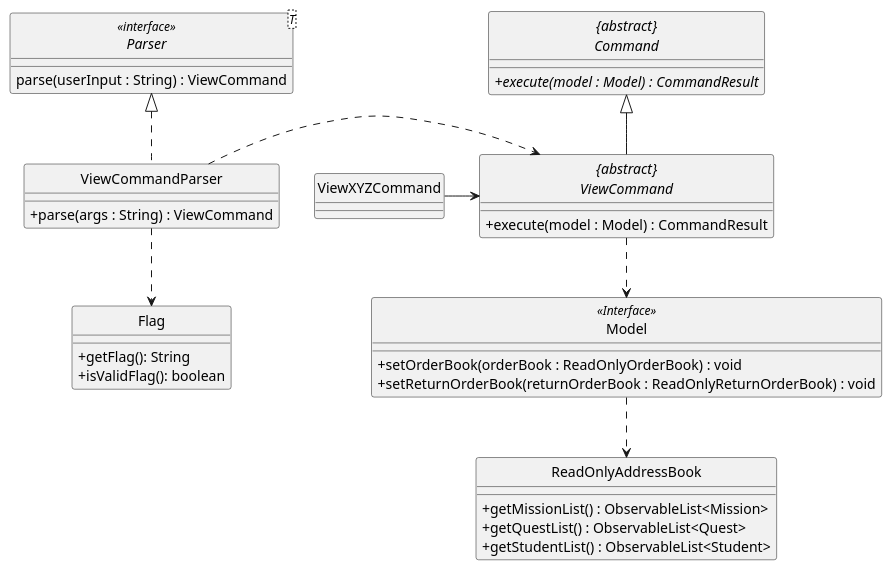
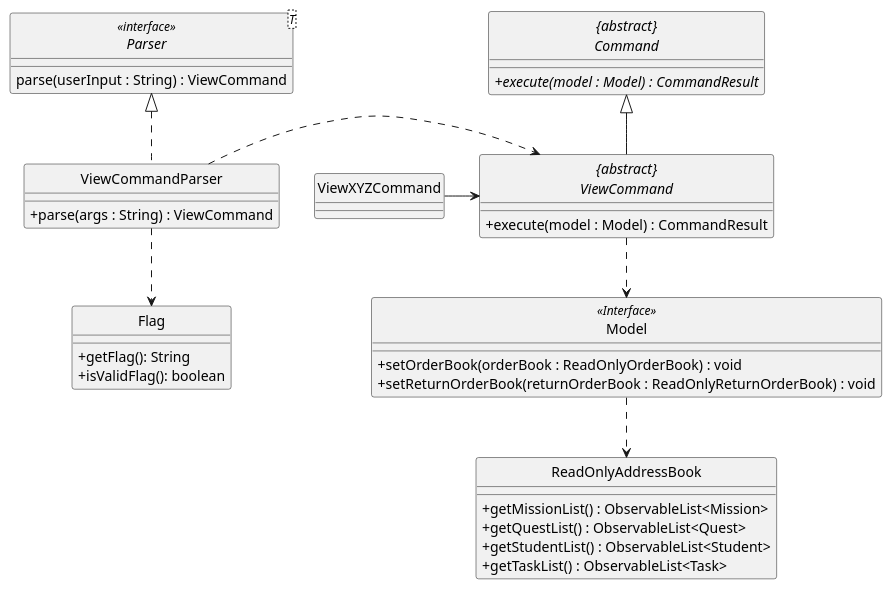
The diagram in docs/diagrams/ViewCommandClassDiagram.puml (wireseo/tp), drawn with PlantUML before and after one commit. The commit also changed 12 other files, not shown here.

Commit message:
Change class diagrams to have similar color scheme

```diff
--- a/docs/diagrams/ViewCommandClassDiagram.puml
+++ b/docs/diagrams/ViewCommandClassDiagram.puml
@@ -1,49 +1,50 @@
 @startuml
 skinparam backgroundColor #ffffff
 skinparam classAttributeIconSize 0
 hide circle
 
 abstract class "{abstract}\nCommand" {
     + {abstract} execute(model : Model) : CommandResult
 }
 
 class Model <<Interface>> {
     + setOrderBook(orderBook : ReadOnlyOrderBook) : void
     + setReturnOrderBook(returnOrderBook : ReadOnlyReturnOrderBook) : void
 }
 
 Model ..> ReadOnlyAddressBook
 
 class ReadOnlyAddressBook {
     + getMissionList() : ObservableList<Mission>
     + getQuestList() : ObservableList<Quest>
     + getStudentList() : ObservableList<Student>
+    + getTaskList() : ObservableList<Task>
 }
 
 abstract class "{abstract}\nViewCommand"{
     /' Methods '/
     + execute(model : Model) : CommandResult
 }
 
 class ViewCommandParser implements Parser {
     /' Methods '/
     + parse(args : String) : ViewCommand
 }
 
 interface Parser<T> <<interface>> {
     parse(userInput : String) : ViewCommand
 }
 
 class Flag {
     + getFlag(): String
     + isValidFlag(): boolean
 }
 
 class ViewXYZCommand
 
 "{abstract}\nViewCommand" <..left ViewCommandParser
 "{abstract}\nViewCommand" ..> Model
 "{abstract}\nViewCommand" --up|> "{abstract}\nCommand"
 ViewCommandParser ..> Flag
 ViewXYZCommand -> "{abstract}\nViewCommand"
 @enduml
```
